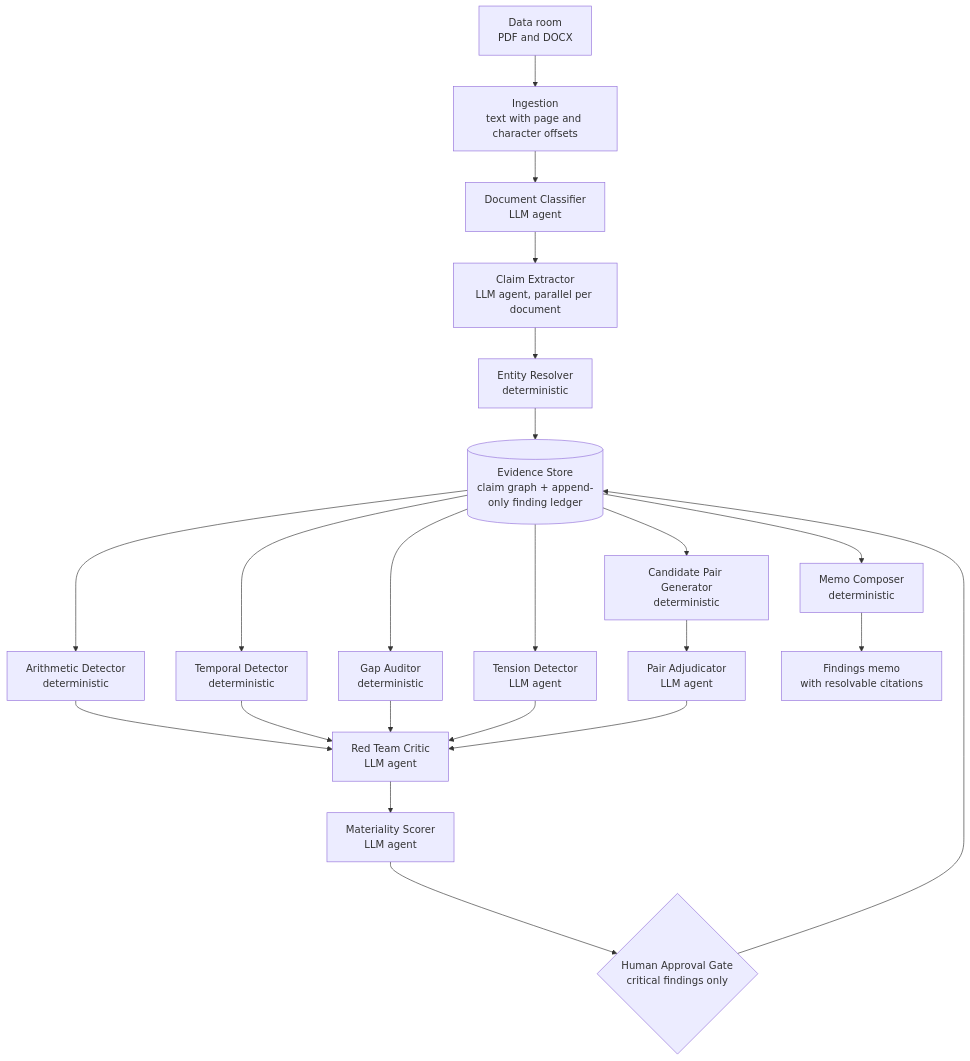
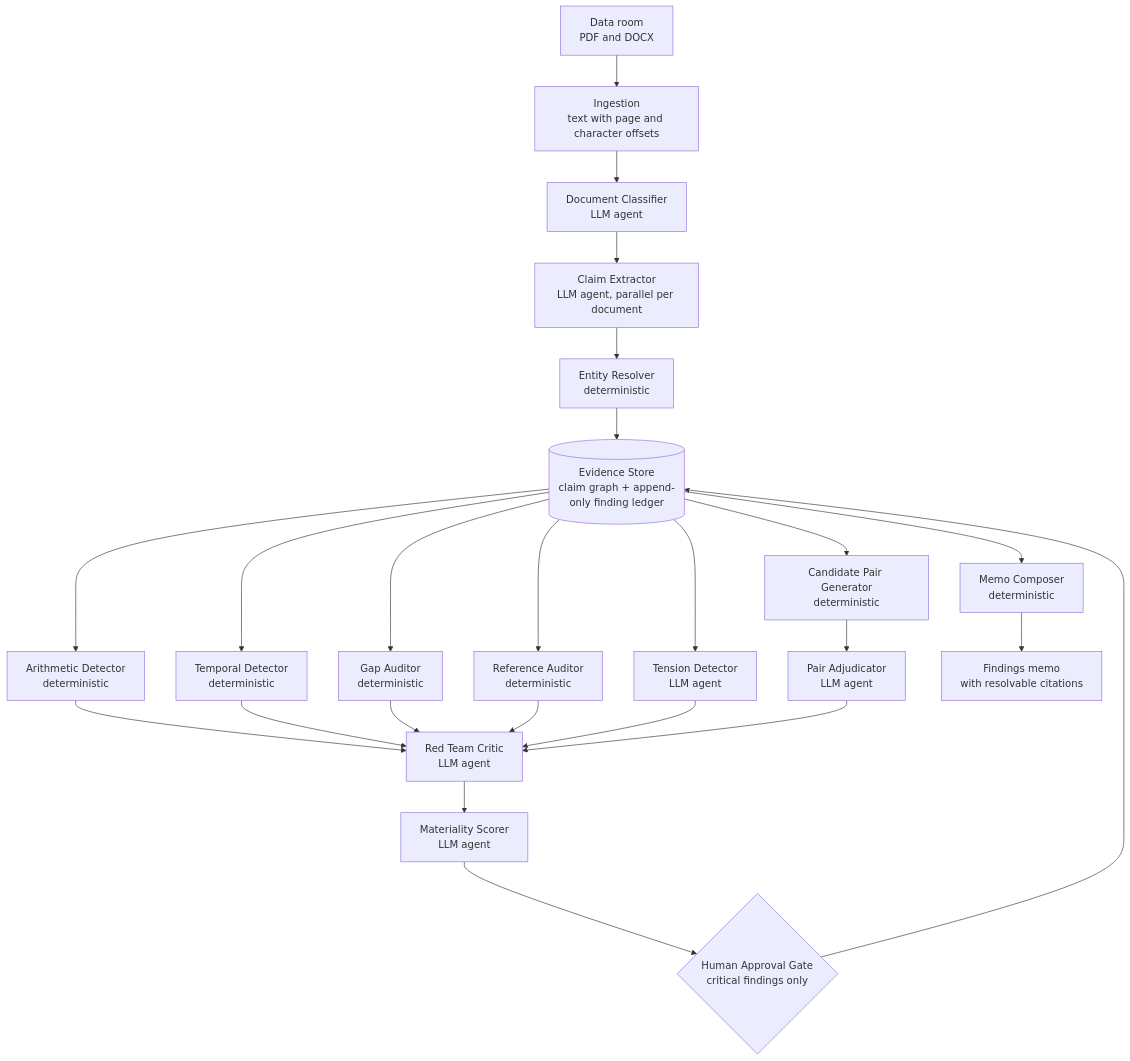
Before and after one commit to harnoorcodes/loupe: the first of 3 diagrams in docs/02-multi-agent-design.md, drawn with Mermaid. The commit also changed other lines of this file and 18 other files, not shown here.

````diff
--- a/docs/02-multi-agent-design.md
+++ b/docs/02-multi-agent-design.md
@@ -41,28 +41,30 @@
 ```mermaid
 flowchart TD
     A[Data room<br/>PDF and DOCX] --> B[Ingestion<br/>text with page and character offsets]
     B --> C[Document Classifier<br/>LLM agent]
     C --> D[Claim Extractor<br/>LLM agent, parallel per document]
     D --> E[Entity Resolver<br/>deterministic]
     E --> F[(Evidence Store<br/>claim graph + append-only finding ledger)]
 
     F --> G[Arithmetic Detector<br/>deterministic]
     F --> H[Temporal Detector<br/>deterministic]
     F --> I[Gap Auditor<br/>deterministic]
-    F --> J[Tension Detector<br/>LLM agent]
-    F --> K[Candidate Pair Generator<br/>deterministic]
+    F --> J[Reference Auditor<br/>deterministic]
+    F --> K[Tension Detector<br/>LLM agent]
+    F --> L[Candidate Pair Generator<br/>deterministic]
 
-    K --> L[Pair Adjudicator<br/>LLM agent]
+    L --> M[Pair Adjudicator<br/>LLM agent]
 
-    G --> M[Red Team Critic<br/>LLM agent]
-    H --> M
-    I --> M
-    J --> M
-    L --> M
+    G --> N[Red Team Critic<br/>LLM agent]
+    H --> N
+    I --> N
+    J --> N
+    K --> N
+    M --> N
 
-    M --> N[Materiality Scorer<br/>LLM agent]
-    N --> O{Human Approval Gate<br/>critical findings only}
-    O --> F
-    F --> P[Memo Composer<br/>deterministic]
-    P --> Q[Findings memo<br/>with resolvable citations]
+    N --> O[Materiality Scorer<br/>LLM agent]
+    O --> P{Human Approval Gate<br/>critical findings only}
+    P --> F
+    F --> Q[Memo Composer<br/>deterministic]
+    Q --> R[Findings memo<br/>with resolvable citations]
 ```
````
